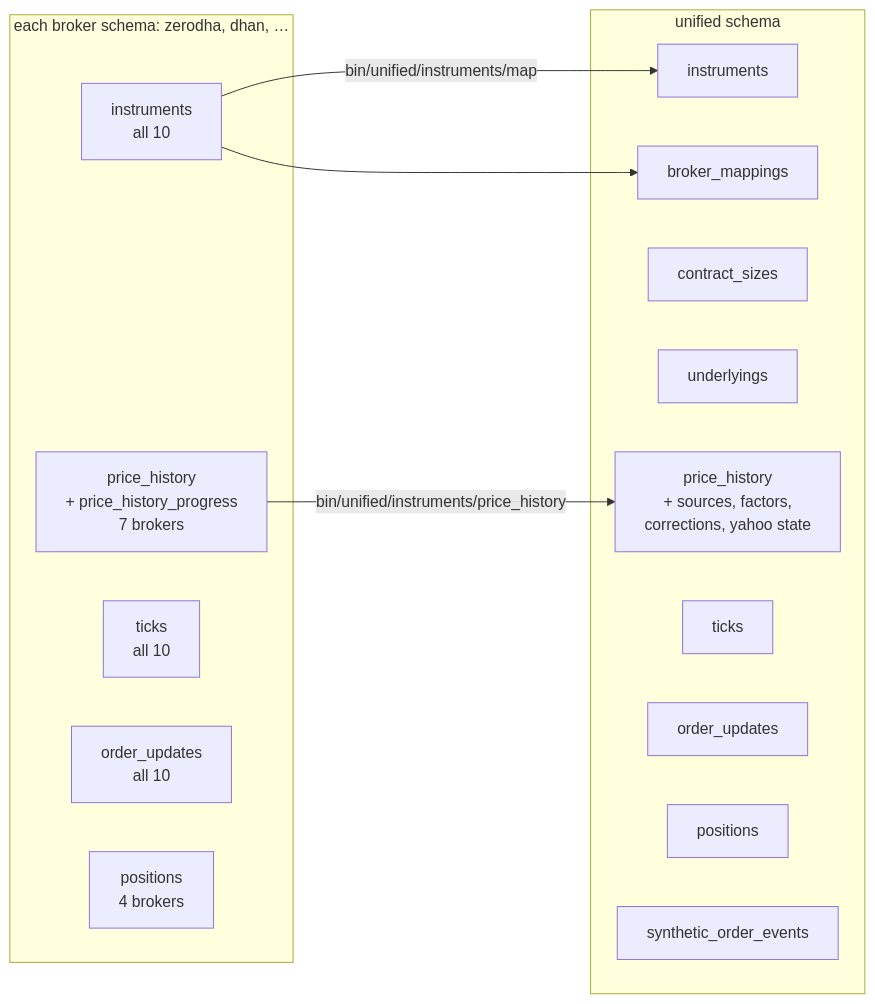
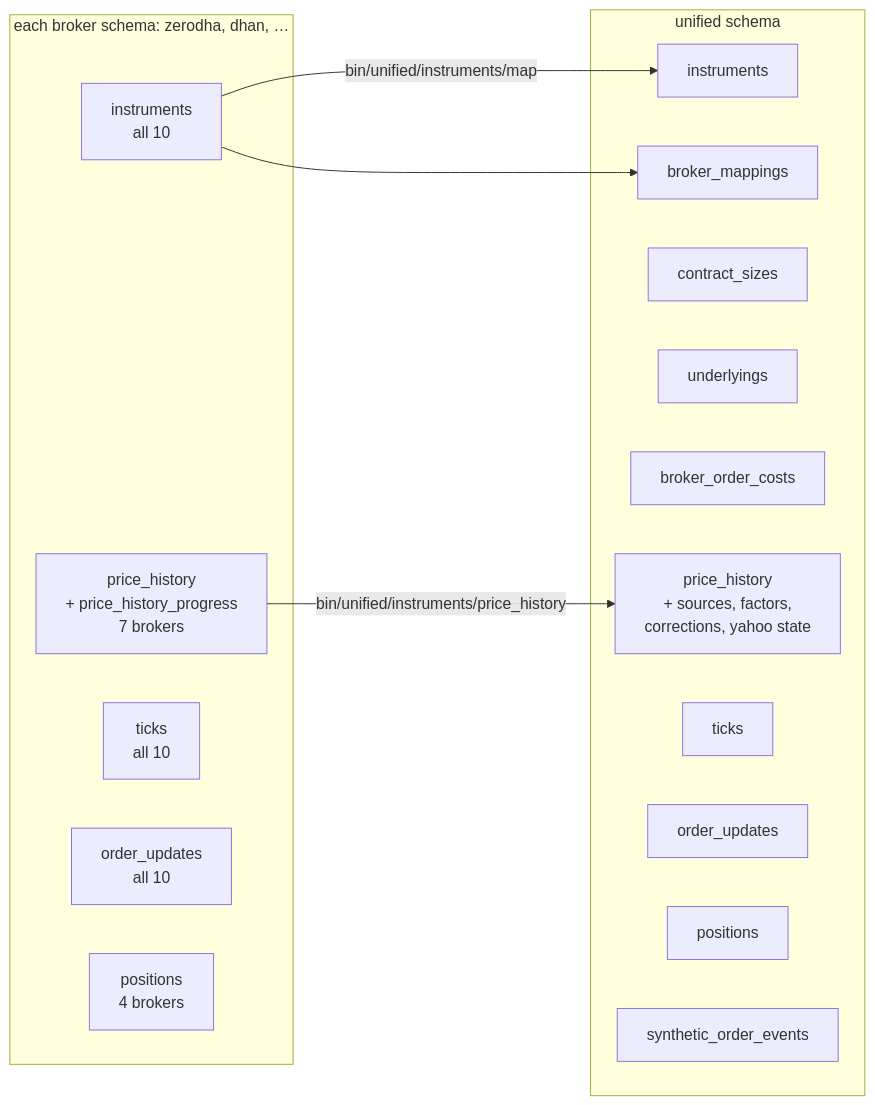
Before and after one commit to pramodathani/unified_broker_interface: the first of 3 diagrams in docs/architecture/database.md, drawn with Mermaid. The commit also changed other lines of this file and 28 other files, not shown here.

````diff
--- a/docs/architecture/database.md
+++ b/docs/architecture/database.md
@@ -11,24 +11,25 @@
 ```mermaid
 flowchart LR
     subgraph broker["each broker schema: zerodha, dhan, …"]
         BI["instruments<br/>all 10"]
         BP["price_history<br/>+ price_history_progress<br/>7 brokers"]
         BT["ticks<br/>all 10"]
         BO["order_updates<br/>all 10"]
         BPOS["positions<br/>4 brokers"]
     end
     subgraph unified["unified schema"]
         UI["instruments"]
         UM["broker_mappings"]
         UC["contract_sizes"]
         UU["underlyings"]
+        UBC["broker_order_costs"]
         UPH["price_history<br/>+ sources, factors,<br/>corrections, yahoo state"]
         UT["ticks"]
         UO["order_updates"]
         UP["positions"]
         US["synthetic_order_events"]
     end
     BI -->|bin/unified/instruments/map| UI
     BI --> UM
     BP -->|bin/unified/instruments/price_history| UPH
 ```
````
